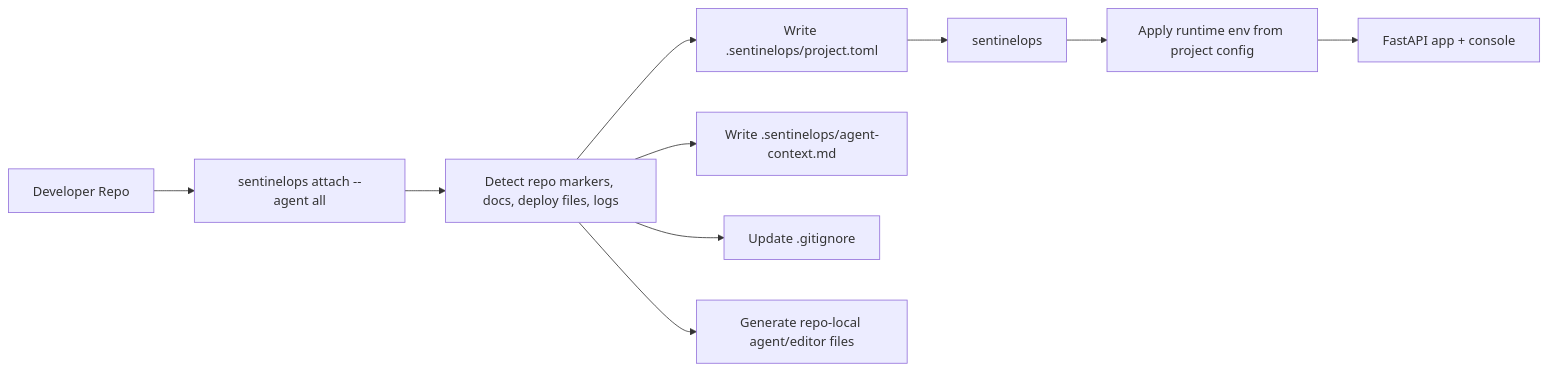
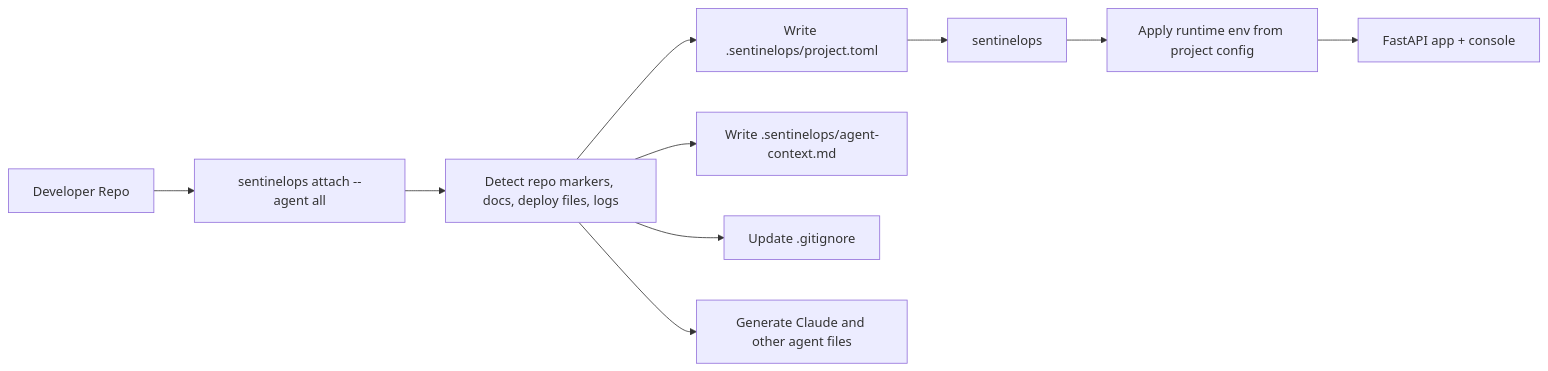
One commit to saikumar1767/Sentinel-Ops changed the third of 9 diagrams in docs/architecture.md. Above: the diagram before and after it, drawn with Mermaid. The commit also changed other lines of this file and 39 other files, not shown here.

````diff
--- a/docs/architecture.md
+++ b/docs/architecture.md
@@ -92,12 +94,12 @@
 ```mermaid
 flowchart LR
     Repo["Developer Repo"] --> Attach["sentinelops attach --agent all"]
     Attach --> Detect["Detect repo markers, docs, deploy files, logs"]
     Detect --> Manifest["Write .sentinelops/project.toml"]
     Detect --> Context["Write .sentinelops/agent-context.md"]
     Detect --> Ignore["Update .gitignore"]
-    Detect --> AgentRules["Generate repo-local agent/editor files"]
+    Detect --> AgentRules["Generate Claude and other agent files"]
     Manifest --> Start["sentinelops"]
     Start --> Runtime["Apply runtime env from project config"]
     Runtime --> App["FastAPI app + console"]
 ```
````
